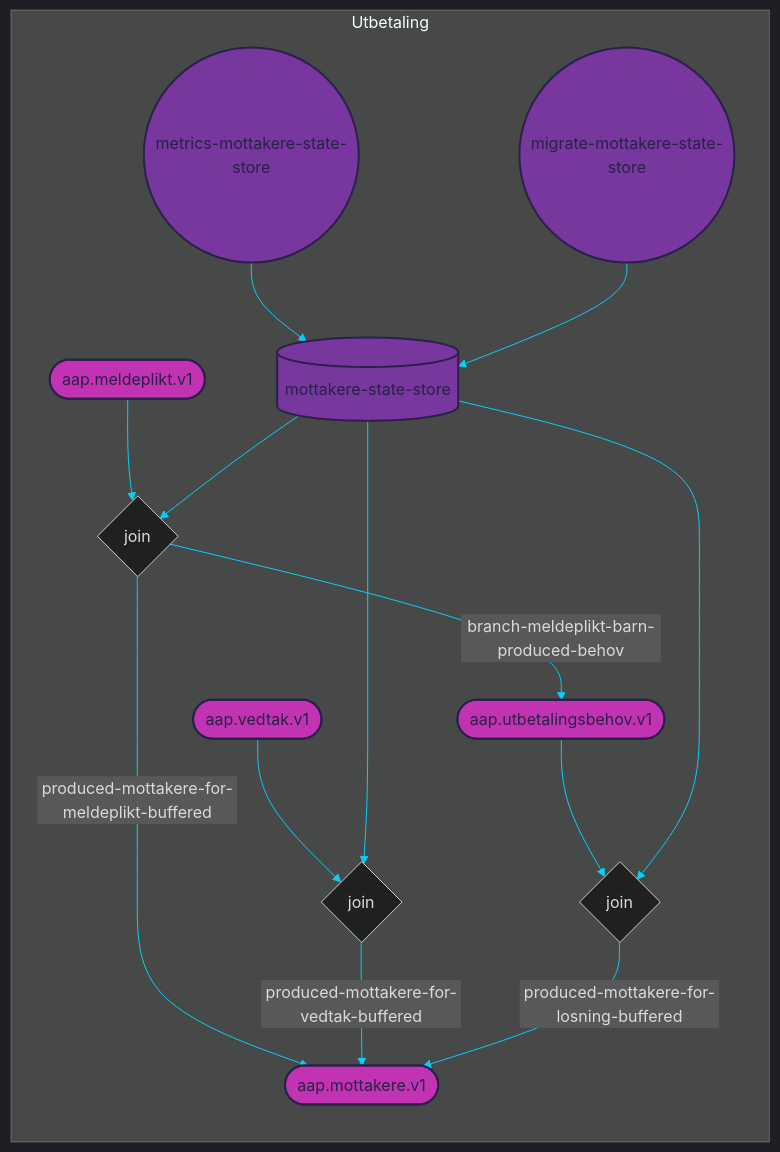
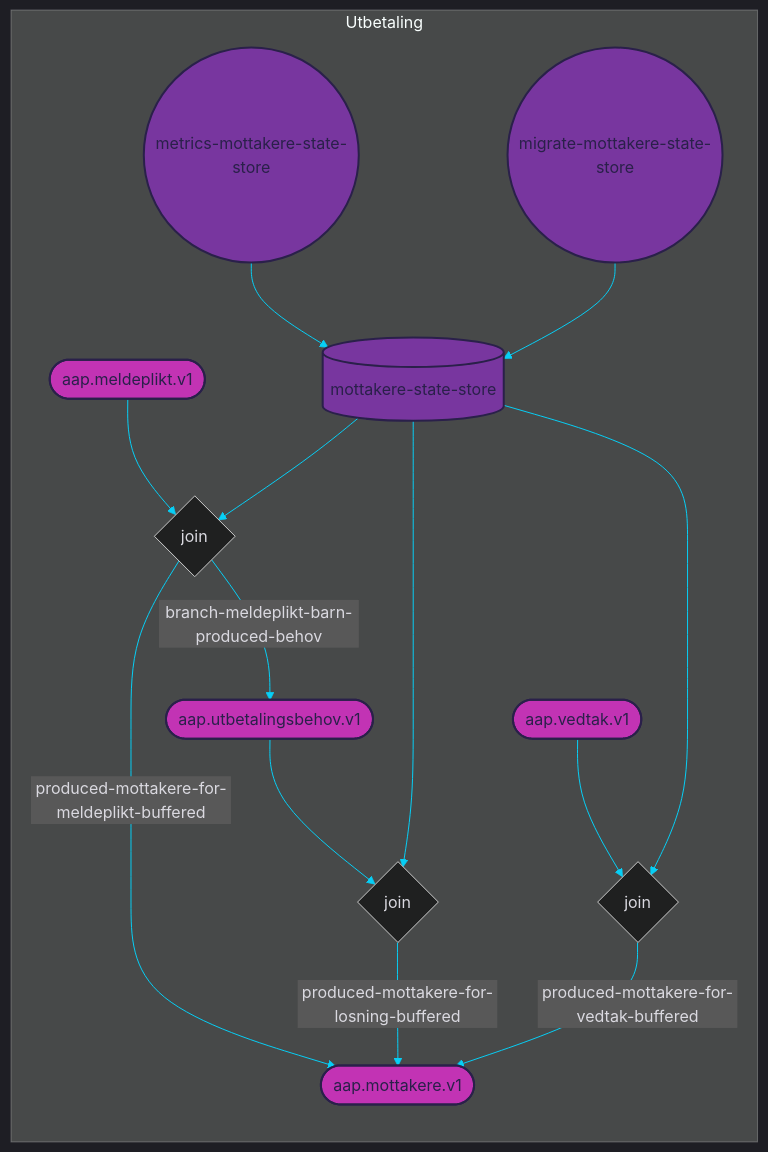
Before and after one commit to navikt/aap-utbetaling: the diagram in doc/topology.mermaid, drawn with Mermaid. The commit also changed 5 other files, not shown here.

Commit message:
Bytter til buffered leftJoin() med key

```diff
--- a/doc/topology.mermaid
+++ b/doc/topology.mermaid
@@ -1,59 +1,59 @@
 
 %%{init: {'theme': 'dark', 'themeVariables': { 'primaryColor': '#07cff6', 'textColor': '#dad9e0', 'lineColor': '#07cff6'}}}%%
 
 graph LR
 
 subgraph Utbetaling
     %% TOPICS
     aap.meldeplikt.v1([aap.meldeplikt.v1])
 	aap.utbetalingsbehov.v1([aap.utbetalingsbehov.v1])
 	aap.mottakere.v1([aap.mottakere.v1])
 	aap.vedtak.v1([aap.vedtak.v1])
     
     %% JOINS
     join-0{join}
 	join-1{join}
 	join-2{join}
     
     %% STATE STORES
     mottakere-state-store[(mottakere-state-store)]
     
     %% PROCESSOR API JOBS
     metrics-mottakere-state-store((metrics-mottakere-state-store))
 	migrate-mottakere-state-store((migrate-mottakere-state-store))
     
     %% JOIN STREAMS
     aap.meldeplikt.v1 --> join-0
 	mottakere-state-store --> join-0
 	join-0 --> |branch-meldeplikt-barn-produced-behov| aap.utbetalingsbehov.v1
 	join-0 --> |produced-mottakere-for-meldeplikt-buffered| aap.mottakere.v1
-	aap.vedtak.v1 --> join-1
+	aap.utbetalingsbehov.v1 --> join-1
 	mottakere-state-store --> join-1
-	join-1 --> |produced-mottakere-for-vedtak-buffered| aap.mottakere.v1
-	aap.utbetalingsbehov.v1 --> join-2
+	join-1 --> |produced-mottakere-for-losning-buffered| aap.mottakere.v1
+	aap.vedtak.v1 --> join-2
 	mottakere-state-store --> join-2
-	join-2 --> |produced-mottakere-for-losning-buffered| aap.mottakere.v1
+	join-2 --> |produced-mottakere-for-vedtak-buffered| aap.mottakere.v1
     
     %% JOB STREAMS
     metrics-mottakere-state-store --> mottakere-state-store
 	migrate-mottakere-state-store --> mottakere-state-store
     
     %% REPARTITION STREAMS
     
 end
 
 %% COLORS
 %% light    #dad9e0
 %% purple   #78369f
 %% pink     #c233b4
 %% dark     #2a204a
 %% blue     #07cff6
 
 %% STYLES
 style aap.meldeplikt.v1 fill:#c233b4, stroke:#2a204a, stroke-width:2px, color:#2a204a
 style aap.utbetalingsbehov.v1 fill:#c233b4, stroke:#2a204a, stroke-width:2px, color:#2a204a
 style aap.mottakere.v1 fill:#c233b4, stroke:#2a204a, stroke-width:2px, color:#2a204a
 style aap.vedtak.v1 fill:#c233b4, stroke:#2a204a, stroke-width:2px, color:#2a204a
 style mottakere-state-store fill:#78369f, stroke:#2a204a, stroke-width:2px, color:#2a204a
 style metrics-mottakere-state-store fill:#78369f, stroke:#2a204a, stroke-width:2px, color:#2a204a
 style migrate-mottakere-state-store fill:#78369f, stroke:#2a204a, stroke-width:2px, color:#2a204a
```
